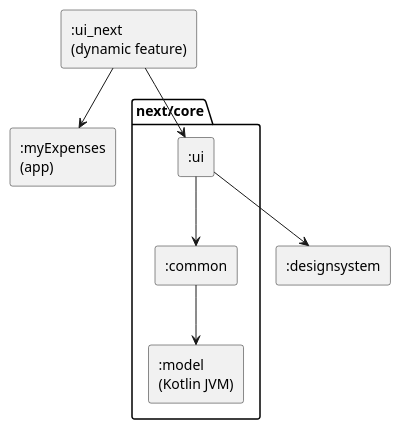
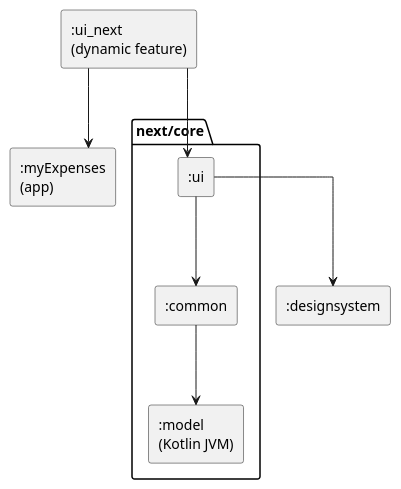
Before and after one commit to castn/MyExpenses: the diagram in ui_next/modules.puml, drawn with PlantUML. The commit also changed 9 other files, not shown here.

First line of the commit message:
Document architecture rules and add Konsist tests

```diff
--- a/ui_next/modules.puml
+++ b/ui_next/modules.puml
@@ -1,23 +1,25 @@
 @startuml modules
 ' Generated by the task moduleGraph of build-logic (ModuleGraphPlugin), do not edit.
 ' Dependencies between the modules of the new UI, rule `mod-diagram` of ARCHITECTURE.md.
 ' An edge that follows from a longer path is left out.
 skinparam componentStyle rectangle
+skinparam linetype ortho
+skinparam ranksep 80
 top to bottom direction
 
 [:designsystem] as mDesignsystem
 [:myExpenses\n(app)] as mMyExpenses
 [:ui_next\n(dynamic feature)] as mUiNext
 
-package "next/core" {
+package "next/core" as pNextCore {
     [:common] as mNextCoreCommon
     [:model\n(Kotlin JVM)] as mNextCoreModel
     [:ui] as mNextCoreUi
 }
 
 mNextCoreCommon --> mNextCoreModel
 mNextCoreUi --> mDesignsystem
 mNextCoreUi --> mNextCoreCommon
 mUiNext --> mMyExpenses
 mUiNext --> mNextCoreUi
 @enduml
```
